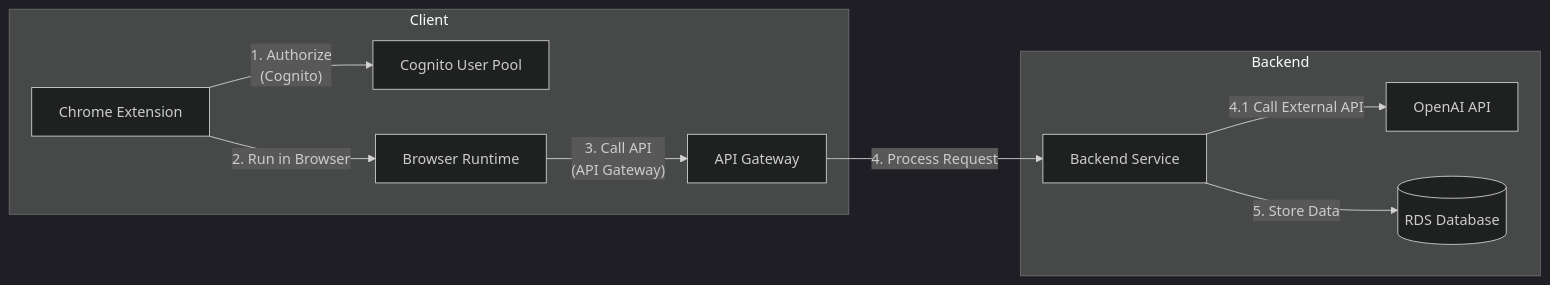
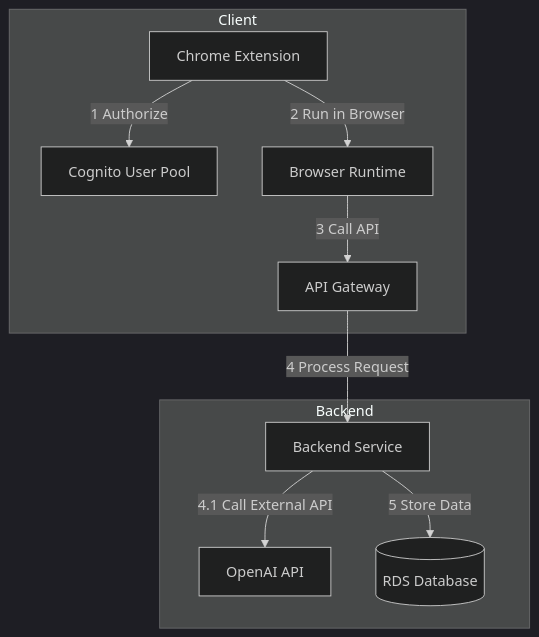
Before and after one commit to caverac/arxiv-explorer: the diagram in README.md, drawn with Mermaid (dark theme). The commit also changed 2 other files, not shown here.

Commit message:
docs: fixed mermaid diagrams

````diff
--- a/README.md
+++ b/README.md
@@ -30,15 +30,15 @@
 ```mermaid
-flowchart LR
+flowchart TB
   subgraph Client
     CE[Chrome Extension]
-    CE -->|"1. Authorize\n(Cognito)"| Cog[Cognito User Pool]
-    CE -->|"2. Run in Browser"| Br[Browser Runtime]
-    Br -->|"3. Call API\n(API Gateway)"| APIGW[API Gateway]
+    CE-->|1 Authorize|Cog[Cognito User Pool]
+    CE-->|2 Run in Browser|Br[Browser Runtime]
+    Br-->|3 Call API|APIGW[API Gateway]
   end
 
   subgraph Backend
-    APIGW -->|"4. Process Request"| BE[Backend Service]
-    BE -->|"4.1 Call External API"| OA[OpenAI API]
-    BE -->|"5. Store Data"| DB[(RDS Database)]
+    APIGW-->|4 Process Request|BE[Backend Service]
+    BE-->|4.1 Call External API|OA[OpenAI API]
+    BE-->|5 Store Data|DB[(RDS Database)]
   end
 ```
````
